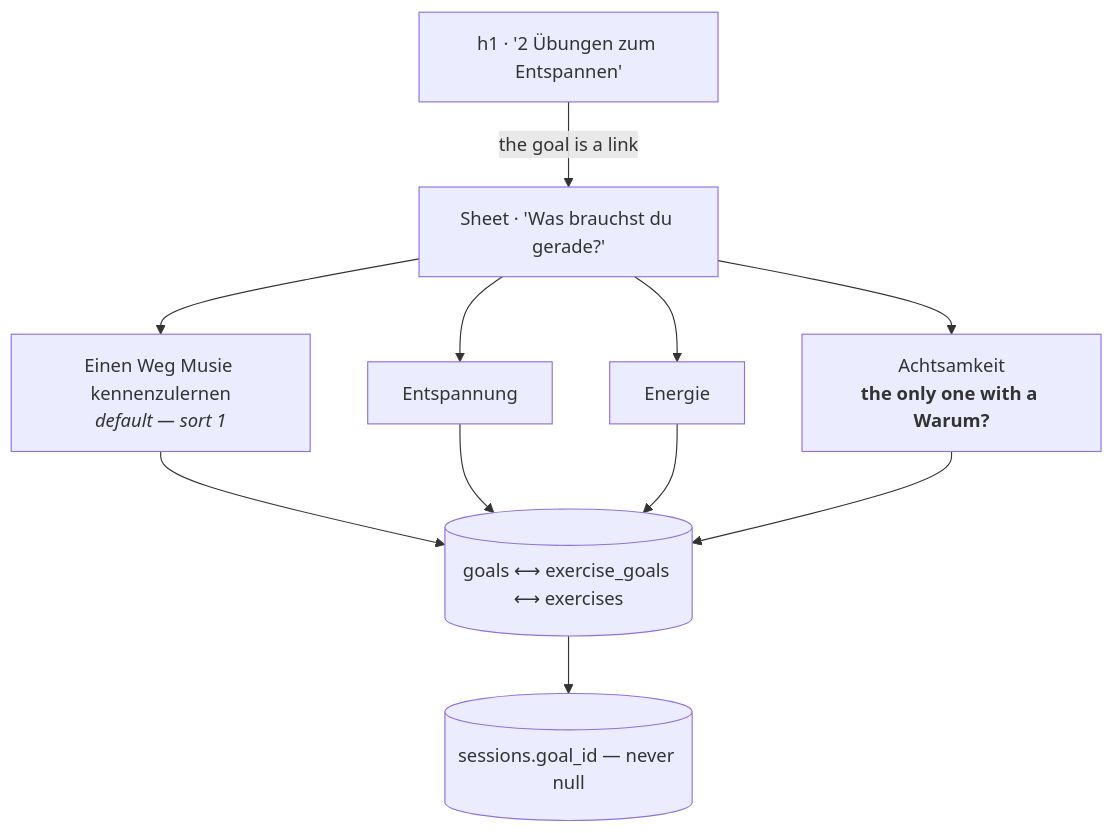
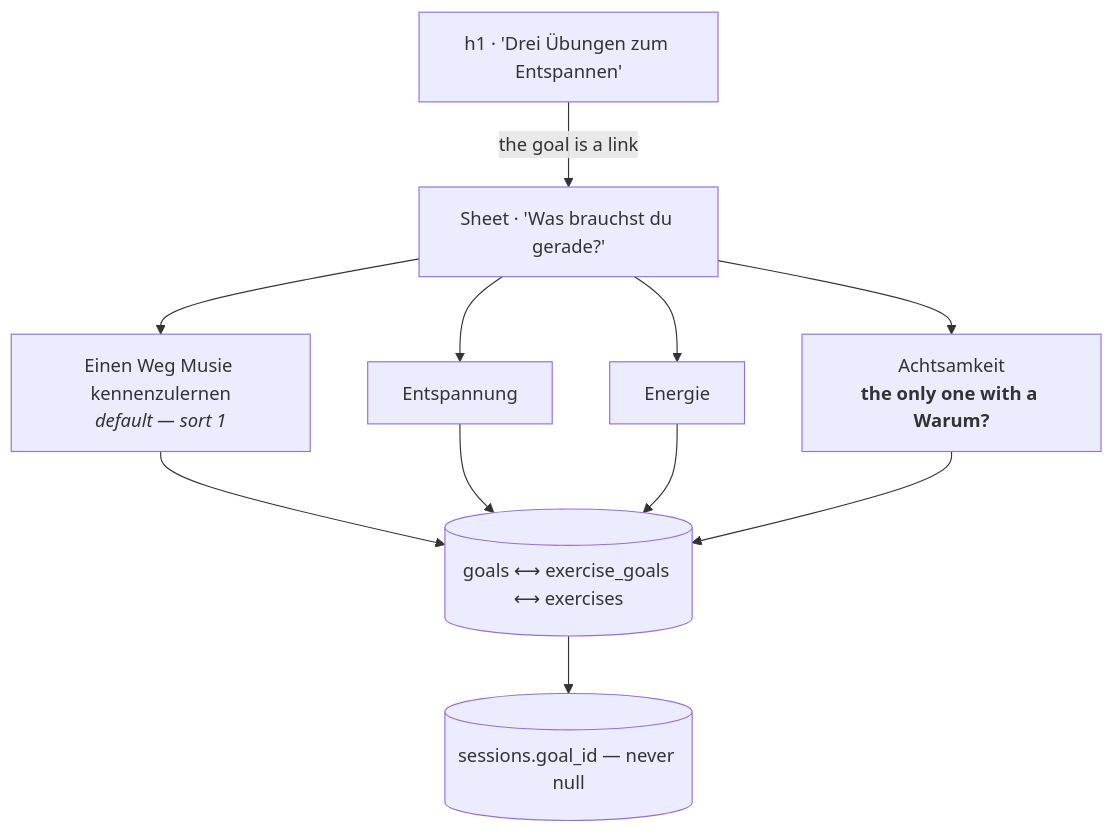
The diagram in apps/docs/features/goals.md (product-ben/musie), drawn with Mermaid before and after one commit. The commit also changed other lines of this file and 14 other files, not shown here.

````diff
--- a/apps/docs/features/goals.md
+++ b/apps/docs/features/goals.md
@@ -6,13 +6,13 @@
 ```mermaid
 flowchart TD
-  H["h1 · '2 Übungen zum Entspannen'"] -->|"the goal is a link"| S["Sheet · 'Was brauchst du gerade?'"]
+  H["h1 · 'Drei Übungen zum Entspannen'"] -->|"the goal is a link"| S["Sheet · 'Was brauchst du gerade?'"]
   S --> G1["Einen Weg Musie kennenzulernen<br/><i>default — sort 1</i>"]
   S --> G2["Entspannung"]
   S --> G3["Energie"]
   S --> G4["Achtsamkeit<br/><b>the only one with a Warum?</b>"]
   G1 --> M[("goals ⟷ exercise_goals ⟷ exercises")]
   G2 --> M
   G3 --> M
   G4 --> M
   M --> DB[("sessions.goal_id — never null")]
 ```
````
